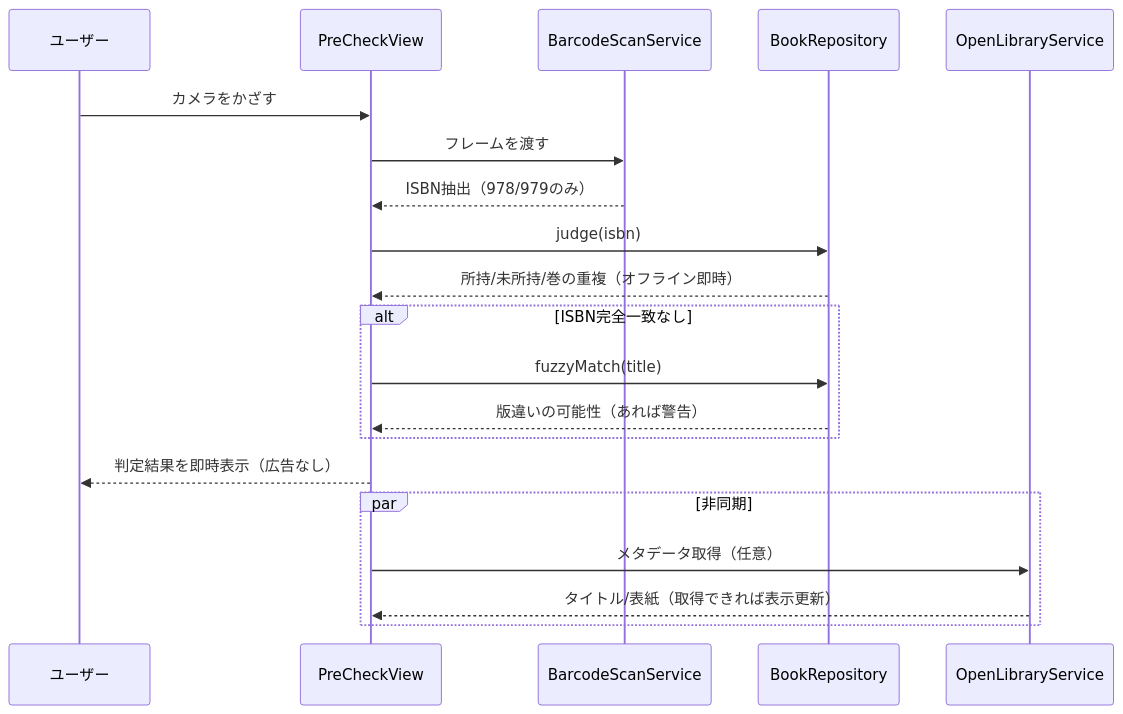
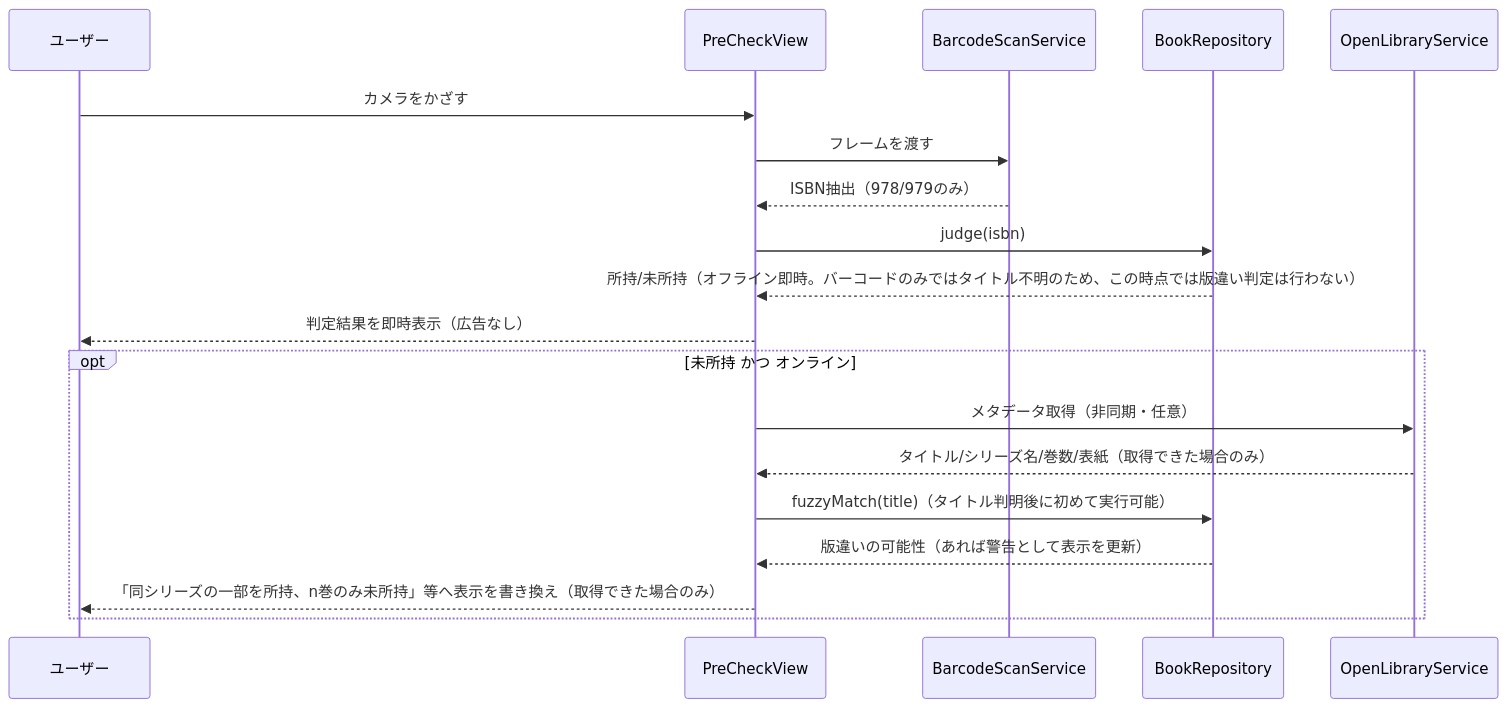
Before and after one commit to simizujob/bookReader: the fourth of 5 diagrams in docs/基本設計書.md, drawn with Mermaid. The commit also changed other lines of this file and 1 other file, not shown here.

Commit message:
Add detailed design doc; fix judgment-flow and series-extraction bugs found during its review
New docs/詳細設計書.md covers concrete class/protocol signatures,
CoreData attribute specs, algorithms, error/logging/test design.
Writing it surfaced two real bugs that were fixed in both docs:

- judge(isbn:) can't know an unowned scanned book's series/volume
  offline (that data only exists once Open Library resolves the
  title), so the basic design's sequence diagram had fuzzyMatch
  running before the title was even known. Split into a synchronous
  offline judge() plus an async post-metadata enrichment step.
- Barcode-only registered books had no path to ever get
  seriesName/volumeNumber populated, permanently excluding them from
  F-05's series completion tracking. Added TitleParser to derive
  series/volume from whatever title string is available (OCR or
  Open Library), used consistently by registration and backfill.

Also fixes the "気になる本棚" store-search link for auto-suggested
volumes that have no known ISBN (falls back to keyword search), a
CoreData Int32/Optional pitfall for volumeNumber, and a few Swift
Equatable-conformance gaps in the sample code.

````diff
--- a/docs/基本設計書.md
+++ b/docs/基本設計書.md
@@ -369,23 +370,22 @@
 ```mermaid
 sequenceDiagram
     participant U as ユーザー
     participant V as PreCheckView
     participant BS as BarcodeScanService
     participant R as BookRepository
     participant OL as OpenLibraryService
 
     U->>V: カメラをかざす
     V->>BS: フレームを渡す
     BS-->>V: ISBN抽出（978/979のみ）
     V->>R: judge(isbn)
-    R-->>V: 所持/未所持/巻の重複（オフライン即時）
-    alt ISBN完全一致なし
-        V->>R: fuzzyMatch(title)
-        R-->>V: 版違いの可能性（あれば警告）
-    end
+    R-->>V: 所持/未所持（オフライン即時。バーコードのみではタイトル不明のため、この時点では版違い判定は行わない）
     V-->>U: 判定結果を即時表示（広告なし）
-    par 非同期
-        V->>OL: メタデータ取得（任意）
-        OL-->>V: タイトル/表紙（取得できれば表示更新）
+    opt 未所持 かつ オンライン
+        V->>OL: メタデータ取得（非同期・任意）
+        OL-->>V: タイトル/シリーズ名/巻数/表紙（取得できた場合のみ）
+        V->>R: fuzzyMatch(title)（タイトル判明後に初めて実行可能）
+        R-->>V: 版違いの可能性（あれば警告として表示を更新）
+        V-->>U: 「同シリーズの一部を所持、n巻のみ未所持」等へ表示を書き換え（取得できた場合のみ）
     end
 ```
````
